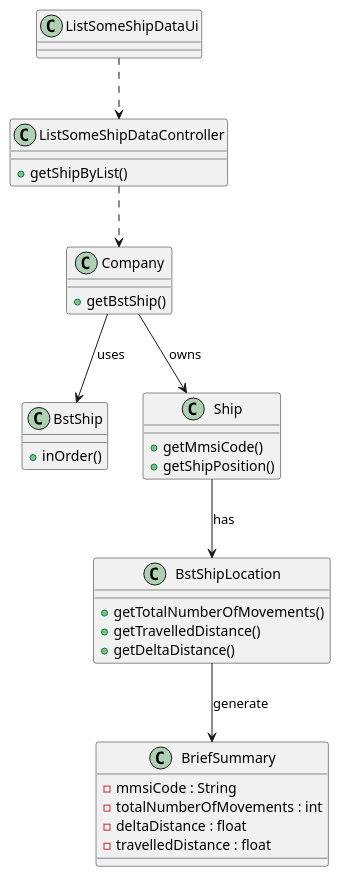
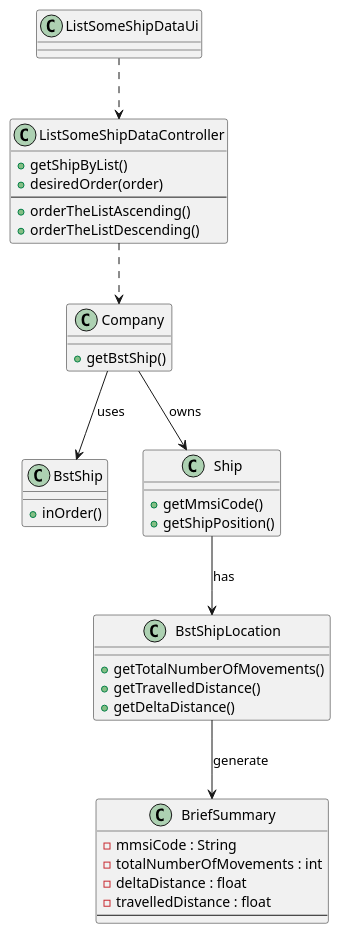
Before and after one commit to 0franciscor/lapr3-2021-g042: the diagram in docs/US105/US105_CD.puml, drawn with PlantUML. The commit also changed 5 other files, not shown here.

```diff
--- a/docs/US105/US105_CD.puml
+++ b/docs/US105/US105_CD.puml
@@ -1,42 +1,47 @@
 @startuml
 'https://plantuml.com/use-case-diagram
 
 class ListSomeShipDataUi{
 
 }
 class ListSomeShipDataController{
 + getShipByList()
++ desiredOrder(order)
+--
++ orderTheListAscending()
++ orderTheListDescending()
 }
 class Company{
 + getBstShip()
 
 }
 class BstShip{
 + inOrder()
 }
 class Ship{
 + getMmsiCode()
 + getShipPosition()
 }
 class BstShipLocation{
 + getTotalNumberOfMovements()
 + getTravelledDistance()
 + getDeltaDistance()
 }
 
 class BriefSummary{
 - mmsiCode : String
 - totalNumberOfMovements : int
 - deltaDistance : float
 - travelledDistance : float
+--
 }
 
 
 ListSomeShipDataUi ..> ListSomeShipDataController
 ListSomeShipDataController ..> Company
 Company --> Ship : owns
 Company --> BstShip : uses
 Ship --> BstShipLocation : has
 BstShipLocation --> BriefSummary : generate
 
 @enduml
```
